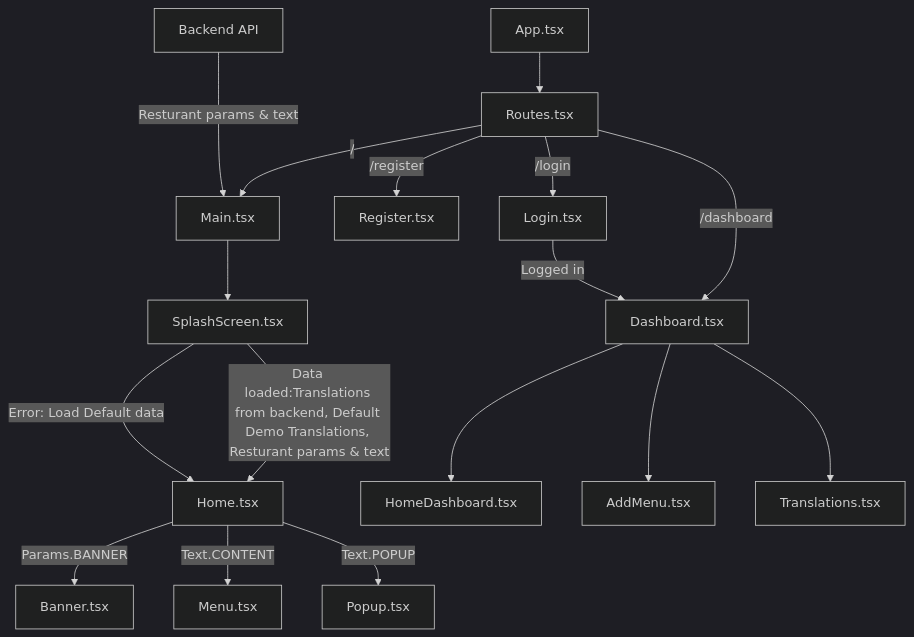
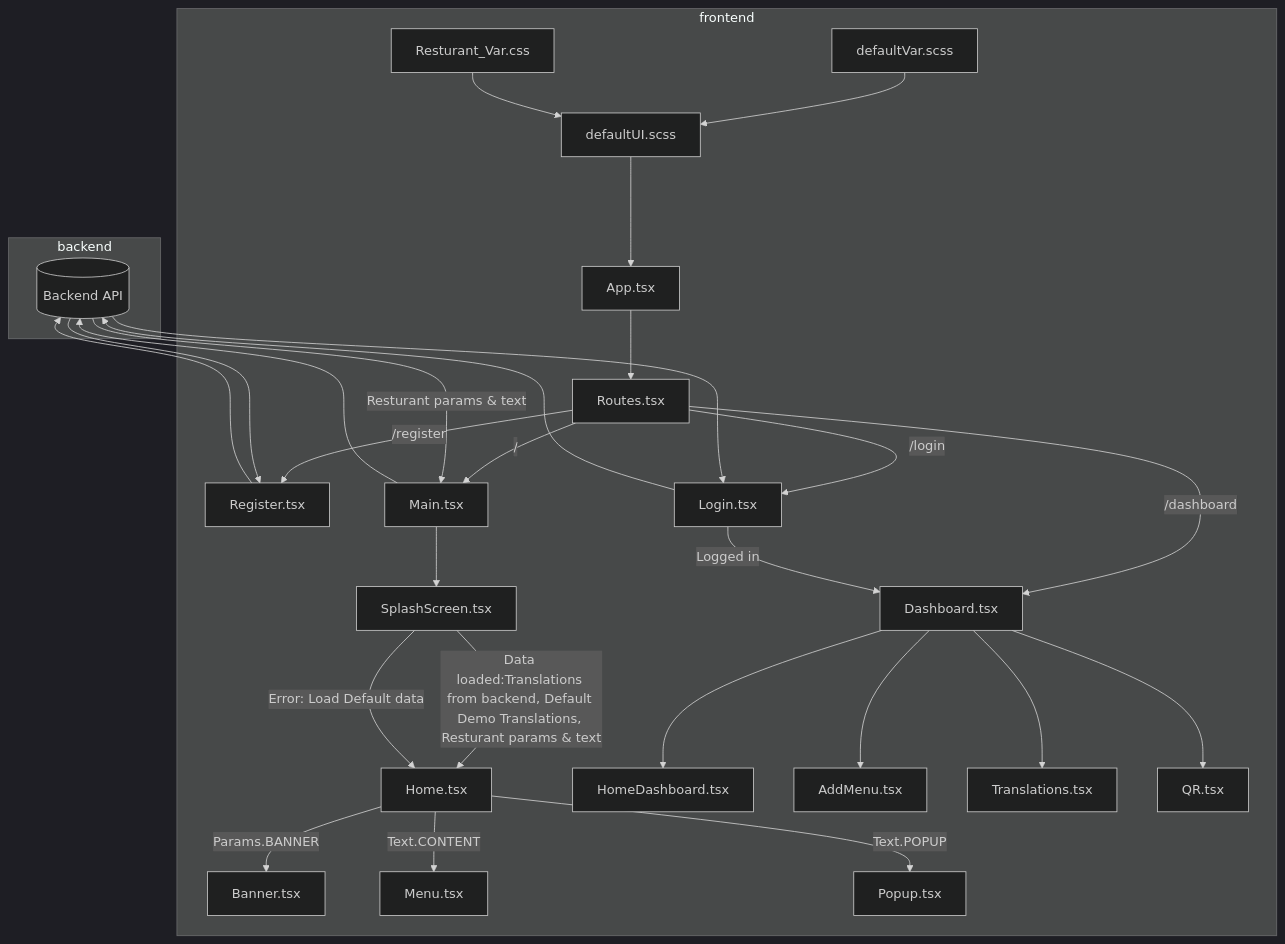
One commit to jayeshkr77/POC_card changed the second of 2 diagrams in README.md. Above: the diagram before and after it, drawn with Mermaid (dark theme). The commit also changed 7 other files, not shown here.

````diff
--- a/README.md
+++ b/README.md
@@ -9,19 +9,33 @@
 ```mermaid
 flowchart TD
+    subgraph backend
+    Z[(Backend API)]
+    end
+    subgraph frontend
+    UIVar[defaultVar.scss]-->UI[defaultUI.scss]
+    RV[Resturant_Var.css]-->UI;
+    UI--->A
     A[App.tsx]-->B[Routes.tsx];
+    B--/register-->R[Register.tsx]
     B--/login-->L[Login.tsx]
-    B--/register-->R[Register.tsx]
     B--/dashboard-->D[Dashboard.tsx]
     L--Logged in-->D
     B--/-->M[Main.tsx]
     M-->S[SplashScreen.tsx];
     S--Data loaded:Translations from backend, Default Demo Translations, Resturant params & text-->H[Home.tsx];
     S--Error: Load Default data-->H
     H--Params.BANNER-->Y[Banner.tsx];
     H--Text.CONTENT-->W[Menu.tsx];
     H--Text.POPUP-->X[Popup.tsx]; 
-    Z[Backend API] --Resturant params & text--->M;
-    D-->HomeDashboard.tsx
+    Z--Resturant params & text--->M;
+    M-->Z;
+    D-->HD[HomeDashboard.tsx];
     D-->DM[AddMenu.tsx];
-    D-->Translations.tsx
+    D-->Translations.tsx;
+    D-->QR[QR.tsx];
+    L-->Z
+    Z-->L
+    R-->Z
+    Z-->R
+    end
 ```
````
